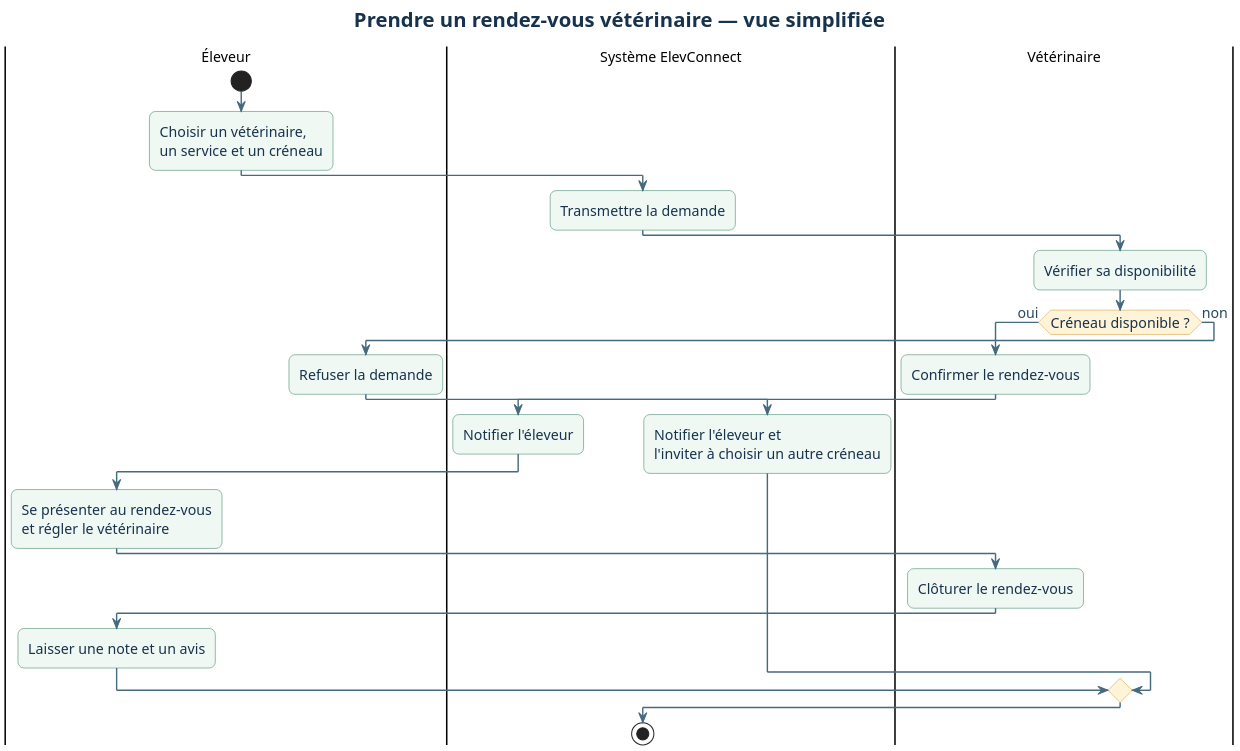
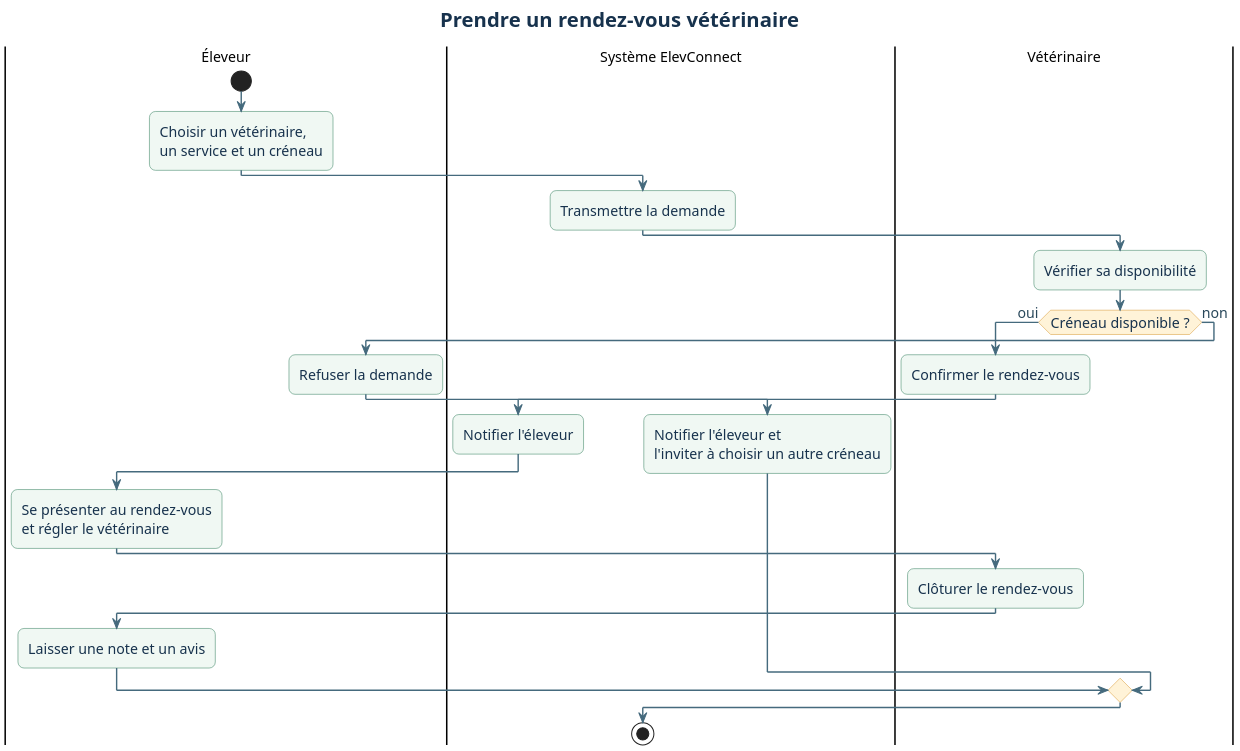
Before and after one commit to agoglodan-antoine/agoglodan-et-lassissou: the diagram in docs/diagrammes.puml/act_prendre_rdv.puml, drawn with PlantUML. The commit also changed 76 other files, not shown here.

Commit message:
Mise à jour des diagrammes pour être plus simple

```diff
--- a/docs/diagrammes.puml/act_prendre_rdv.puml
+++ b/docs/diagrammes.puml/act_prendre_rdv.puml
@@ -1,80 +1,80 @@
 @startuml act_prendre_rdv
 ' Style commun — diagrammes ElevConnect
 ' SVG : format vectoriel net à toute taille. PNG : export haute définition.
 skinparam backgroundColor #FFFFFF
 skinparam dpi 180
 skinparam shadowing false
 skinparam roundcorner 12
 skinparam linetype ortho
 skinparam defaultFontName SansSerif
 skinparam defaultFontSize 14
 skinparam TitleFontName SansSerif
 skinparam TitleFontSize 20
 skinparam TitleFontColor #17324D
 skinparam ArrowColor #456A7D
 skinparam ArrowFontColor #29485B
 skinparam ArrowThickness 1.4
 skinparam NoteBackgroundColor #FFF8E8
 skinparam NoteBorderColor #E5AE45
 skinparam NoteFontColor #5B481E
 skinparam PackageBorderColor #9AB7A7
 skinparam PackageBackgroundColor #F4FAF6
 skinparam PackageFontColor #1F5B43
 skinparam PackageFontStyle bold
 skinparam ActivityBackgroundColor #F0F8F3
 skinparam ActivityBorderColor #2F7D5B
 skinparam ActivityFontColor #17324D
 skinparam ActivityDiamondBackgroundColor #FFF3D8
 skinparam ActivityDiamondBorderColor #D8952F
 skinparam ActivityBarColor #2F7D5B
 skinparam ClassBackgroundColor #FFFFFF
 skinparam ClassBorderColor #2F7D5B
 skinparam ClassHeaderBackgroundColor #E4F3EA
 skinparam ClassFontColor #17324D
 skinparam EntityBackgroundColor #FFFFFF
 skinparam EntityBorderColor #2F7D5B
 skinparam EntityFontColor #17324D
 skinparam StateBackgroundColor #EDF7F1
 skinparam StateBorderColor #2F7D5B
 skinparam StateFontColor #17324D
 skinparam UsecaseBackgroundColor #EAF4F8
 skinparam UsecaseBorderColor #3E7490
 skinparam UsecaseFontColor #17324D
 skinparam SequenceLifeLineBorderColor #9CB4C1
 skinparam SequenceLifeLineBackgroundColor #FFFFFF
 skinparam SequenceParticipantBackgroundColor #EAF4F8
 skinparam SequenceParticipantBorderColor #3E7490
 skinparam SequenceActorBackgroundColor #FFFFFF
 skinparam SequenceActorBorderColor #2F7D5B
 skinparam SequenceGroupBackgroundColor #F7FBFD
 skinparam SequenceGroupBorderColor #9CB4C1
 
-title Prendre un rendez-vous vétérinaire — vue simplifiée
+title Prendre un rendez-vous vétérinaire 
 
 |Éleveur|
 start
 :Choisir un vétérinaire,
 un service et un créneau;
 |Système ElevConnect|
 :Transmettre la demande;
 |Vétérinaire|
 :Vérifier sa disponibilité;
 if (Créneau disponible ?) then (oui)
   :Confirmer le rendez-vous;
   |Système ElevConnect|
   :Notifier l'éleveur;
   |Éleveur|
   :Se présenter au rendez-vous
 et régler le vétérinaire;
   |Vétérinaire|
   :Clôturer le rendez-vous;
   |Éleveur|
   :Laisser une note et un avis;
 else (non)
   :Refuser la demande;
   |Système ElevConnect|
   :Notifier l'éleveur et
 l'inviter à choisir un autre créneau;
 endif
 stop
 @enduml
```
